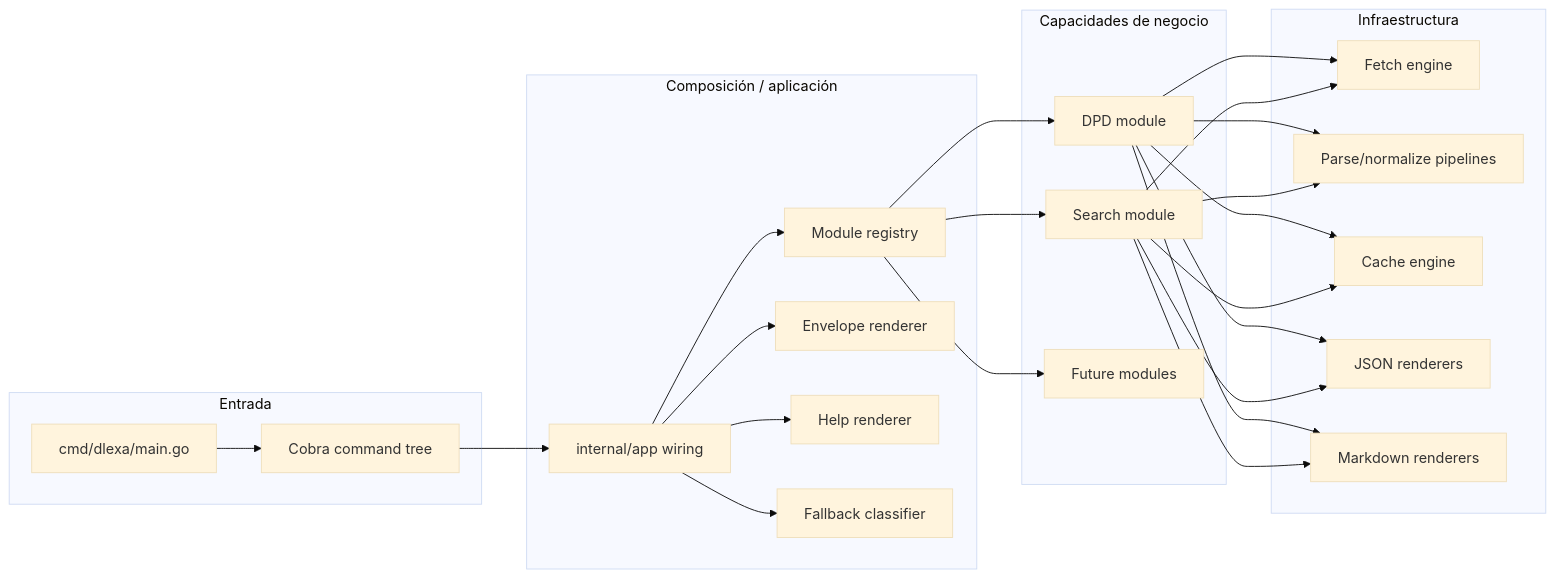
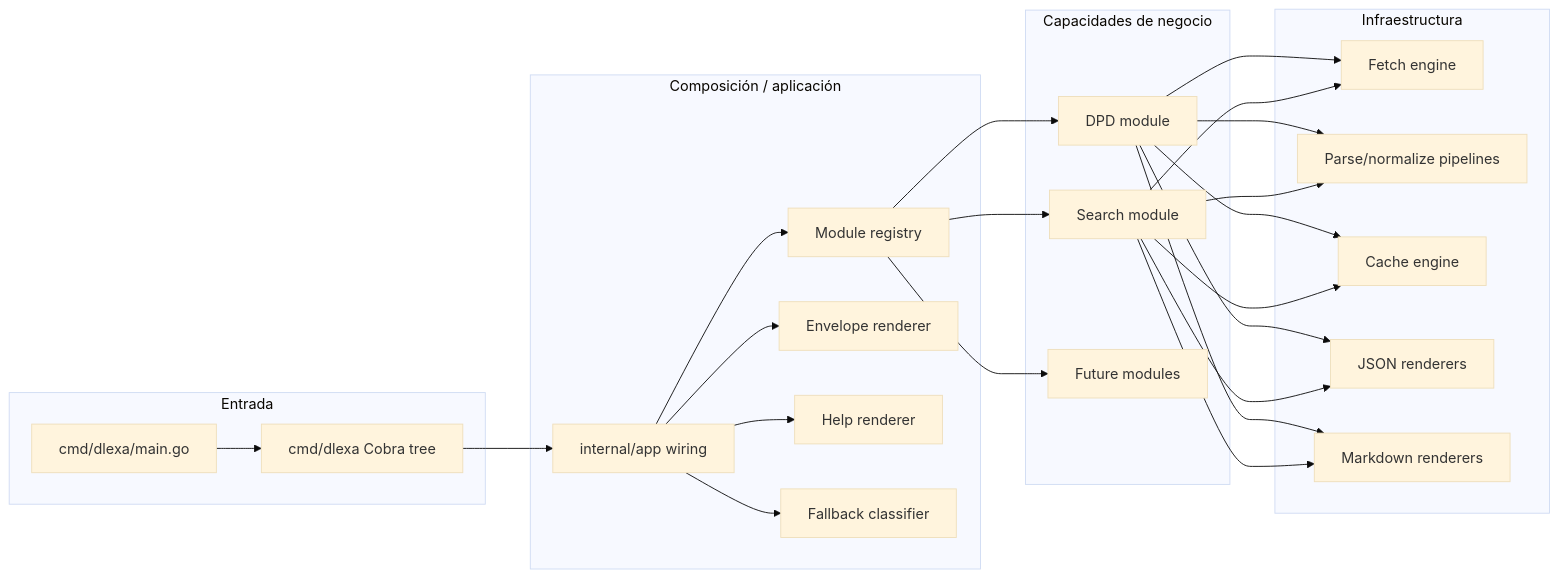
One commit to Disble/dlexa changed the second of 4 diagrams in docs/architecture-formal-dlexa-v2.md. Above: the diagram before and after it, drawn with Mermaid (base theme). The commit also changed other lines of this file and 13 other files, not shown here.

Commit message:
docs: align runtime architecture guidance

````diff
--- a/docs/architecture-formal-dlexa-v2.md
+++ b/docs/architecture-formal-dlexa-v2.md
@@ -247,48 +253,48 @@
 ```mermaid
 flowchart LR
     subgraph Entry[Entrada]
         Main[cmd/dlexa/main.go]
-        Cobra[Cobra command tree]
+        Cobra[cmd/dlexa Cobra tree]
     end
 
     subgraph App[Composición / aplicación]
         Wiring[internal/app wiring]
         Registry[Module registry]
         Envelope[Envelope renderer]
         Help[Help renderer]
         Errors[Fallback classifier]
     end
 
     subgraph Domain[Capacidades de negocio]
         DPD[DPD module]
         Search[Search module]
         Future[Future modules]
     end
 
     subgraph Infra[Infraestructura]
         Fetch[Fetch engine]
         Parse[Parse/normalize pipelines]
         Cache[Cache engine]
         JSON[JSON renderers]
         MD[Markdown renderers]
     end
 
     Main --> Cobra --> Wiring
     Wiring --> Registry
     Wiring --> Envelope
     Wiring --> Help
     Wiring --> Errors
     Registry --> DPD
     Registry --> Search
     Registry --> Future
     DPD --> Fetch
     Search --> Fetch
     DPD --> Parse
     Search --> Parse
     DPD --> Cache
     Search --> Cache
     DPD --> JSON
     DPD --> MD
     Search --> JSON
     Search --> MD
 ```
````
